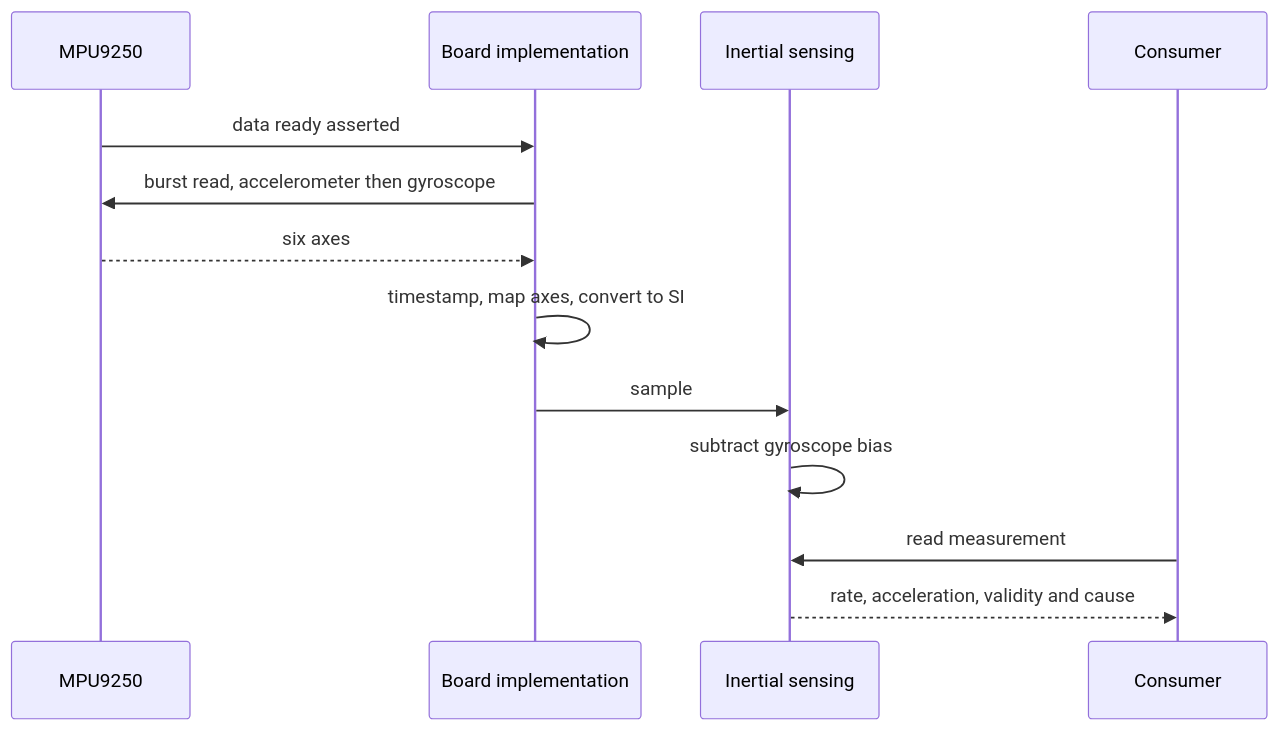
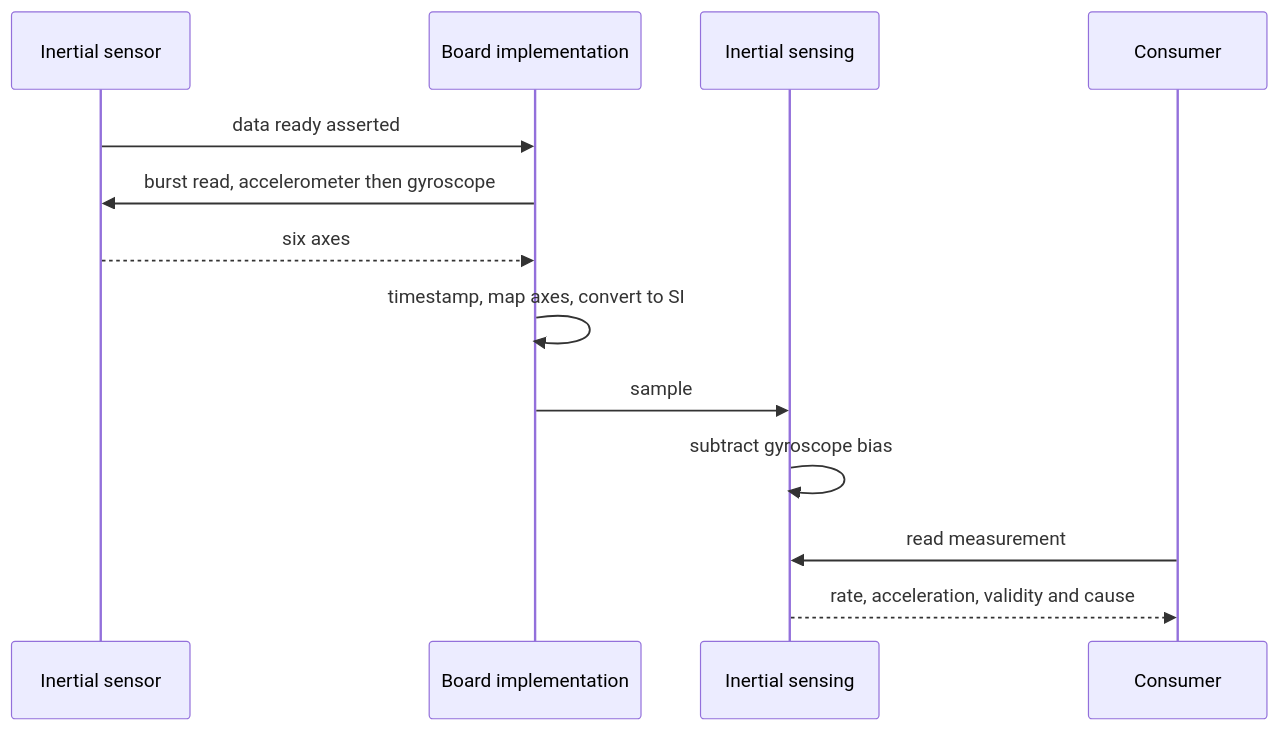
The second of 4 diagrams in documentation/design/imu-sensing.md (embedded-pro/e-inverted-pendulum), drawn with Mermaid before and after one commit. The commit also changed other lines of this file and 20 other files, not shown here.

First line of the commit message:
docs: apply kit documentation rules to design, theory and architecture (#75)

````diff
--- a/documentation/design/imu-sensing.md
+++ b/documentation/design/imu-sensing.md
@@ -220,17 +220,17 @@
 ```mermaid
 sequenceDiagram
-    participant Part as MPU9250
+    participant Part as Inertial sensor
     participant Board as Board implementation
     participant Sensing as Inertial sensing
     participant Consumer
 
     Part->>Board: data ready asserted
     Board->>Part: burst read, accelerometer then gyroscope
     Part-->>Board: six axes
     Board->>Board: timestamp, map axes, convert to SI
     Board->>Sensing: sample
     Sensing->>Sensing: subtract gyroscope bias
 
     Consumer->>Sensing: read measurement
     Sensing-->>Consumer: rate, acceleration, validity and cause
 ```
````
